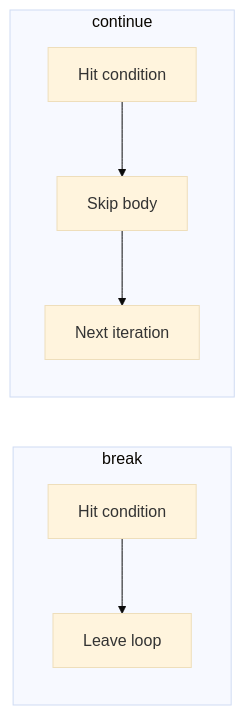
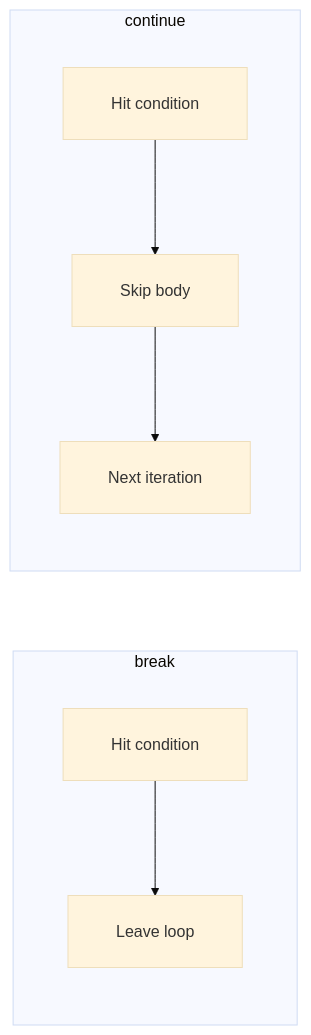
Before and after one commit to ABVenu/salcurriculum: the fourth of 6 diagrams in SAL-2026/Python Basics - English/S04/NotesPresentation.md, drawn with Mermaid (base theme). The commit also changed other lines of this file and 820 other files, not shown here.

````diff
--- a/SAL-2026/Python Basics - English/S04/NotesPresentation.md
+++ b/SAL-2026/Python Basics - English/S04/NotesPresentation.md
@@ -222,10 +468,11 @@
 ```mermaid
+%%{init: {"flowchart": {"htmlLabels": false, "curve": "basis", "padding": 24, "nodeSpacing": 80, "rankSpacing": 90, "diagramPadding": 48}}}%%
 flowchart LR
-    subgraph breakPath["break"]
-        B1[Hit condition] --> B2[Leave loop]
+    subgraph breakPath["  break  "]
+        B1["  Hit condition  "] --> B2["  Leave loop  "]
     end
-    subgraph continuePath["continue"]
-        C1[Hit condition] --> C2[Skip body]
-        C2 --> C3[Next iteration]
+    subgraph continuePath["  continue  "]
+        C1["  Hit condition  "] --> C2["  Skip body  "]
+        C2 --> C3["  Next iteration  "]
     end
 ```
````
